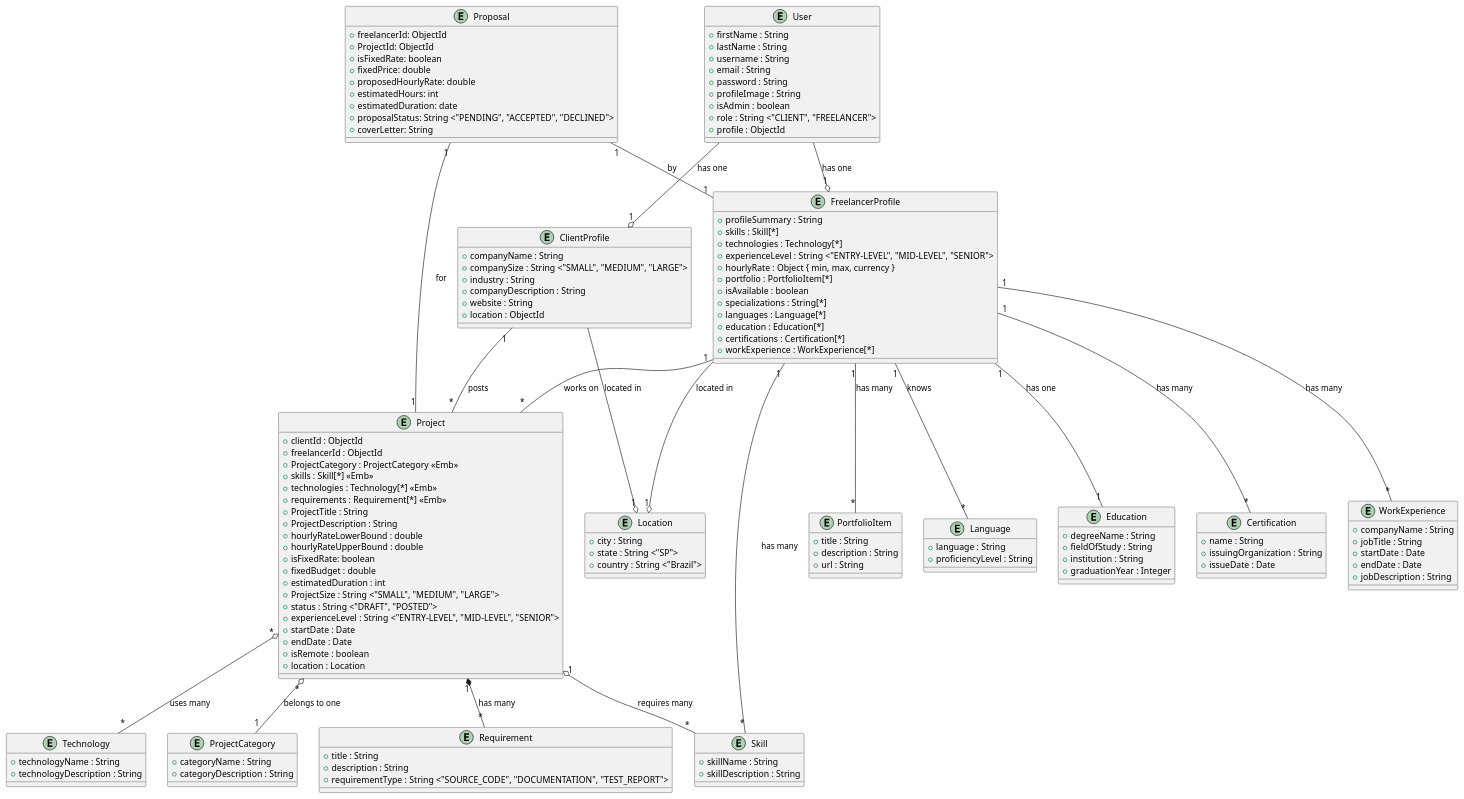
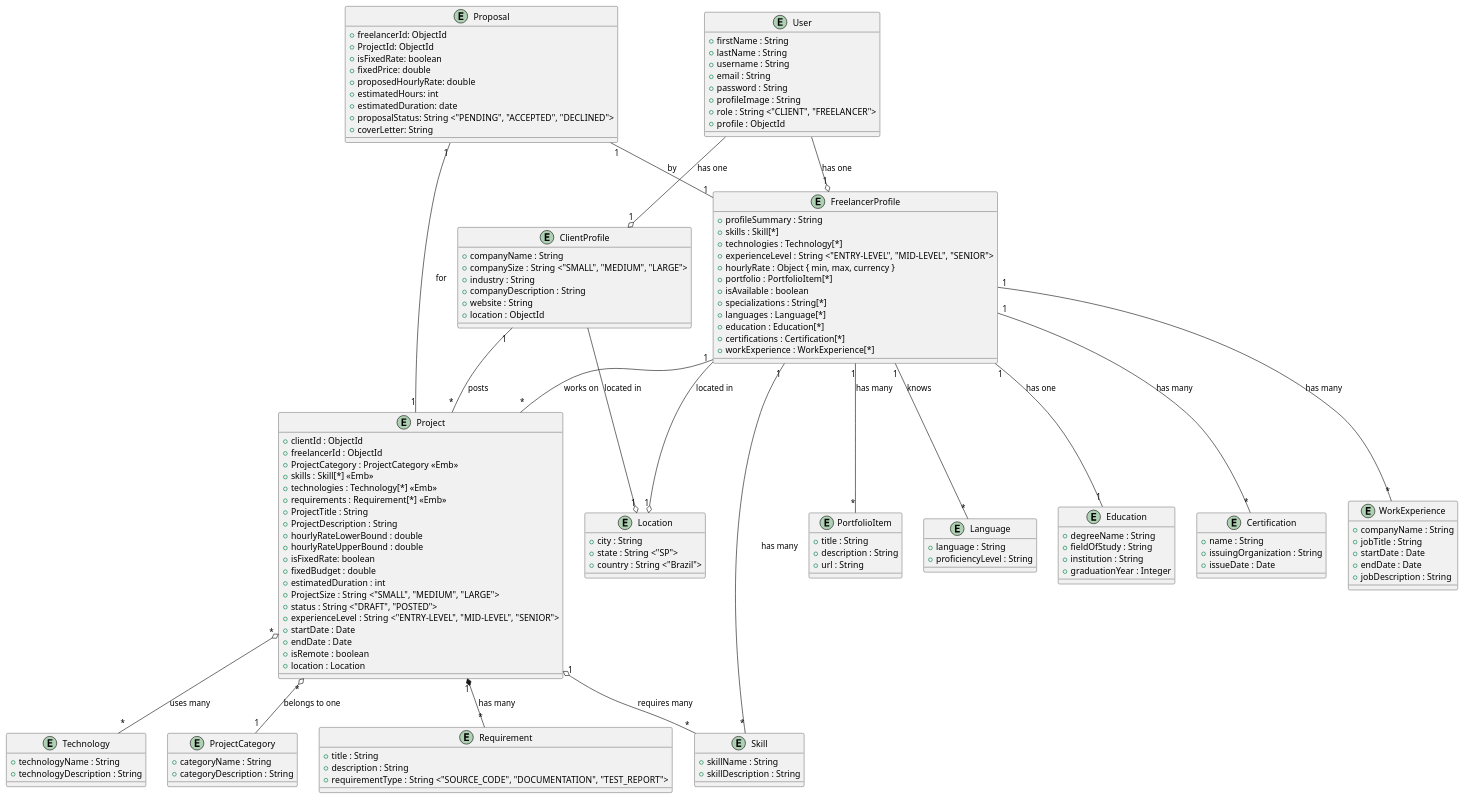
Before and after one commit to lucasneiva/armoredcode: the diagram in docs/classDiagram.puml, drawn with PlantUML. The commit also changed 1 other file, not shown here.

```diff
--- a/docs/classDiagram.puml
+++ b/docs/classDiagram.puml
@@ -1,163 +1,162 @@
 @startuml class diagram
 
 ' User
 
 entity User {
   + firstName : String
   + lastName : String
   + username : String 
   + email : String
   + password : String 
   + profileImage : String
-  + isAdmin : boolean
   + role : String <"CLIENT", "FREELANCER">
   + profile : ObjectId
 }
 
 entity ClientProfile {
   + companyName : String
   + companySize : String <"SMALL", "MEDIUM", "LARGE">
   + industry : String
   + companyDescription : String
   + website : String
   + location : ObjectId 
 }
 
 entity FreelancerProfile {
   + profileSummary : String
   + skills : Skill[*]
   + technologies : Technology[*]
   + experienceLevel : String <"ENTRY-LEVEL", "MID-LEVEL", "SENIOR">
   + hourlyRate : Object { min, max, currency }
   + portfolio : PortfolioItem[*] 
   + isAvailable : boolean
   + specializations : String[*]
   + languages : Language[*]
   + education : Education[*]
   + certifications : Certification[*]
   + workExperience : WorkExperience[*] 
 }
 
 entity PortfolioItem {
   + title : String
   + description : String
   + url : String
 }
 
 entity Language {
   + language : String
   + proficiencyLevel : String
 }
 
 entity Education {
   + degreeName : String
   + fieldOfStudy : String
   + institution : String
   + graduationYear : Integer
 }
 
 entity Certification {
   + name : String
   + issuingOrganization : String
   + issueDate : Date
 } 
 
 entity WorkExperience {
   + companyName : String
   + jobTitle : String
   + startDate : Date
   + endDate : Date 
   + jobDescription : String
 }
 
 entity Location {
   + city : String
   + state : String <"SP"> 
   + country : String <"Brazil">
 }
 
 ' Project
 
 entity Project {
     + clientId : ObjectId 
     + freelancerId : ObjectId 
     + ProjectCategory : ProjectCategory <<Emb>>
     + skills : Skill[*] <<Emb>>
     + technologies : Technology[*] <<Emb>>
     + requirements : Requirement[*] <<Emb>>
     + ProjectTitle : String
     + ProjectDescription : String
     + hourlyRateLowerBound : double
     + hourlyRateUpperBound : double
     + isFixedRate: boolean
     + fixedBudget : double
     + estimatedDuration : int
     + ProjectSize : String <"SMALL", "MEDIUM", "LARGE"> 
     + status : String <"DRAFT", "POSTED">
     + experienceLevel : String <"ENTRY-LEVEL", "MID-LEVEL", "SENIOR">
     + startDate : Date
     + endDate : Date
     + isRemote : boolean
     + location : Location
 }
 
 entity ProjectCategory {
    + categoryName : String
    + categoryDescription : String
 }
 
 entity Requirement {
   + title : String
   + description : String
   + requirementType : String <"SOURCE_CODE", "DOCUMENTATION", "TEST_REPORT">
 }
 
 entity Technology {
    + technologyName : String
    + technologyDescription : String
 } 
 
 entity Skill {
     + skillName : String
     + skillDescription : String
 }
 
 entity Proposal {
     + freelancerId: ObjectId
     + ProjectId: ObjectId
     + isFixedRate: boolean
     + fixedPrice: double 
     + proposedHourlyRate: double 
     + estimatedHours: int
     + estimatedDuration: date
     + proposalStatus: String <"PENDING", "ACCEPTED", "DECLINED">
     + coverLetter: String
 }
 
 ' Relationships
 
 User --o  "1" ClientProfile : has one
 User --o  "1" FreelancerProfile: has one
 
 ClientProfile --o "1" Location : located in
 FreelancerProfile --o "1" Location : located in
 
 Project "1" o-- "*" Skill : requires many
 Project "1" *-- "*" Requirement : has many
 Project "*" o-- "*" Technology : uses many
 Project "*" o-- "1" ProjectCategory : belongs to one
 
 Proposal "1" -- "1" FreelancerProfile : by
 Proposal "1" -- "1" Project : for
 
 ClientProfile "1" -- "*" Project : posts
 
 FreelancerProfile "1" -- "*" Language : knows
 FreelancerProfile "1" -- "*" Project : works on 
 FreelancerProfile "1" -- "1" Education : has one
 FreelancerProfile "1" -- "*" Skill : has many
 FreelancerProfile "1" -- "*" Certification : has many
 FreelancerProfile "1" -- "*" WorkExperience : has many
 FreelancerProfile "1" -- "*" PortfolioItem : has many
 
 @enduml
```
